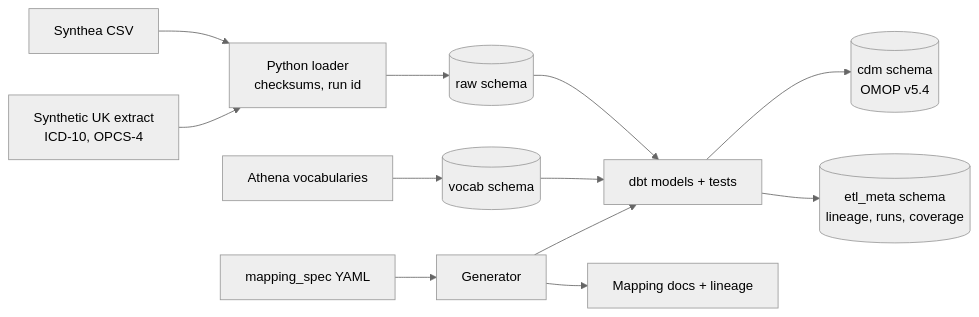
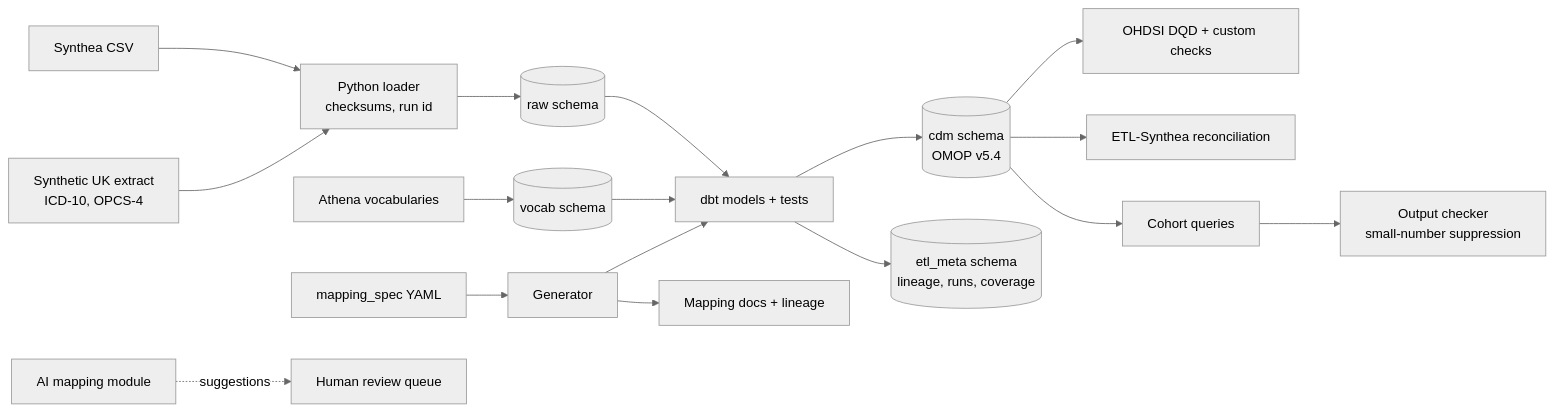
The diagram in README.md (MrJaden7/tracemap), drawn with Mermaid (neutral theme) before and after one commit. The commit also changed other lines of this file and 37 other files, not shown here.

````diff
--- a/README.md
+++ b/README.md
@@ -13,14 +19,19 @@
 ```mermaid
 flowchart LR
   A[Synthea CSV] --> L[Python loader<br/>checksums, run id]
   B[Synthetic UK extract<br/>ICD-10, OPCS-4] --> L
   L --> R[(raw schema)]
   V[Athena vocabularies] --> VO[(vocab schema)]
   MS[mapping_spec YAML] --> G[Generator]
   G --> DBT[dbt models + tests]
   G --> DOCS[Mapping docs + lineage]
   R --> DBT
   VO --> DBT
   DBT --> O[(cdm schema<br/>OMOP v5.4)]
   DBT --> M[(etl_meta schema<br/>lineage, runs, coverage)]
+  O --> DQ[OHDSI DQD + custom checks]
+  O --> REC[ETL-Synthea reconciliation]
+  O --> Q[Cohort queries]
+  Q --> OC[Output checker<br/>small-number suppression]
+  AI[AI mapping module] -.suggestions.-> REV[Human review queue]
 ```
````
